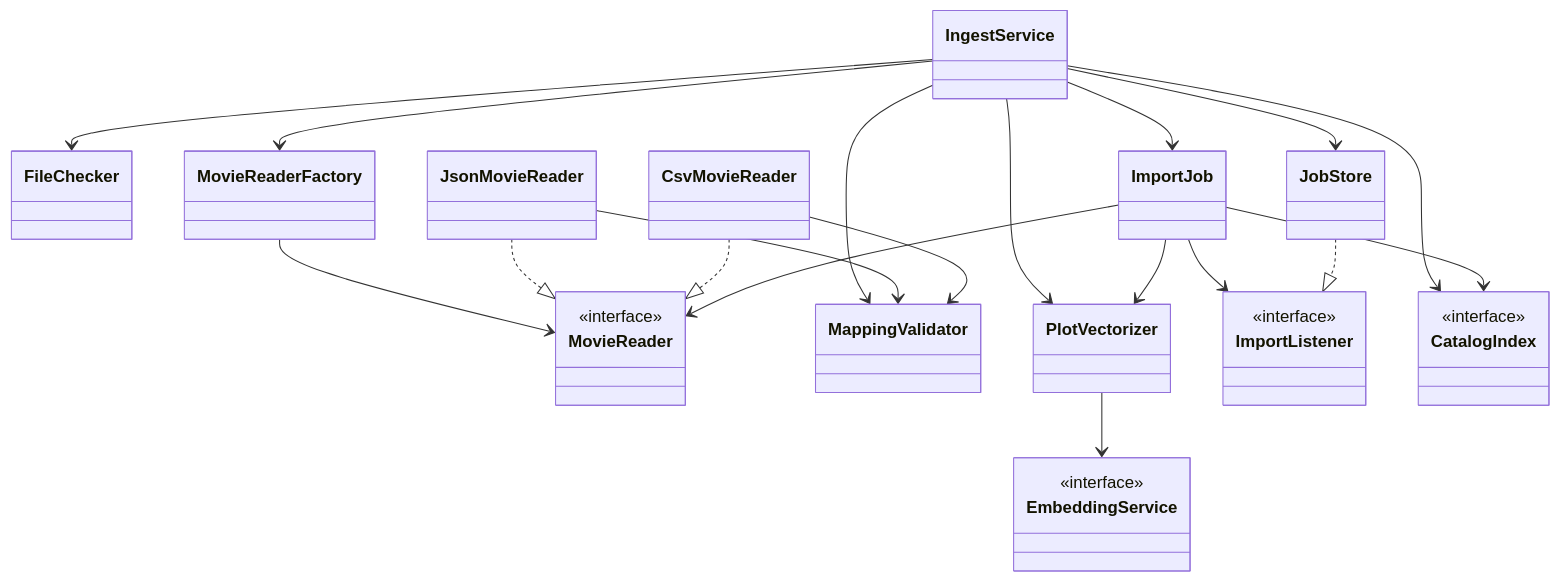
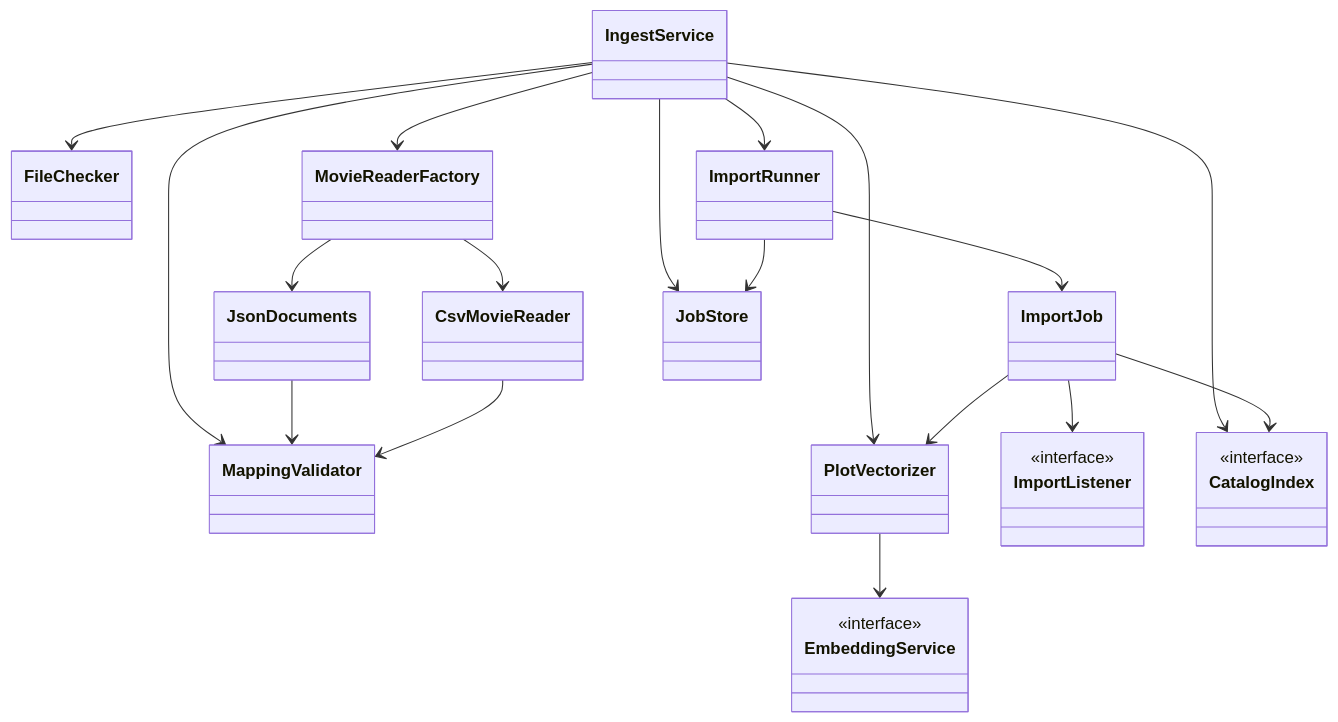
The first of 4 diagrams in docs/diseno/3.md (bigfito/elastiflix-reloaded), drawn with Mermaid before and after one commit. The commit also changed other lines of this file and 21 other files, not shown here.

````diff
--- a/docs/diseno/3.md
+++ b/docs/diseno/3.md
@@ -131,43 +134,40 @@
 ```mermaid
 classDiagram
   class IngestService
   class FileChecker
   class MovieReaderFactory
-  class MovieReader {
-    <<interface>>
-  }
-  class JsonMovieReader
+  class JsonDocuments
   class CsvMovieReader
   class MappingValidator
   class PlotVectorizer
   class ImportJob
+  class ImportRunner
   class JobStore
   class ImportListener {
     <<interface>>
   }
   class CatalogIndex {
     <<interface>>
   }
   class EmbeddingService {
     <<interface>>
   }
 
   IngestService --> FileChecker
   IngestService --> MovieReaderFactory
   IngestService --> MappingValidator
-  IngestService --> ImportJob
+  IngestService --> ImportRunner
   IngestService --> JobStore
   IngestService --> PlotVectorizer
   IngestService --> CatalogIndex
-  MovieReaderFactory --> MovieReader
-  JsonMovieReader ..|> MovieReader
-  CsvMovieReader ..|> MovieReader
-  JsonMovieReader --> MappingValidator
+  MovieReaderFactory --> JsonDocuments
+  MovieReaderFactory --> CsvMovieReader
+  JsonDocuments --> MappingValidator
   CsvMovieReader --> MappingValidator
+  ImportRunner --> ImportJob
+  ImportRunner --> JobStore
   ImportJob --> CatalogIndex
-  ImportJob --> MovieReader
   ImportJob --> PlotVectorizer
   ImportJob --> ImportListener
-  JobStore ..|> ImportListener
   PlotVectorizer --> EmbeddingService
 ```
````
